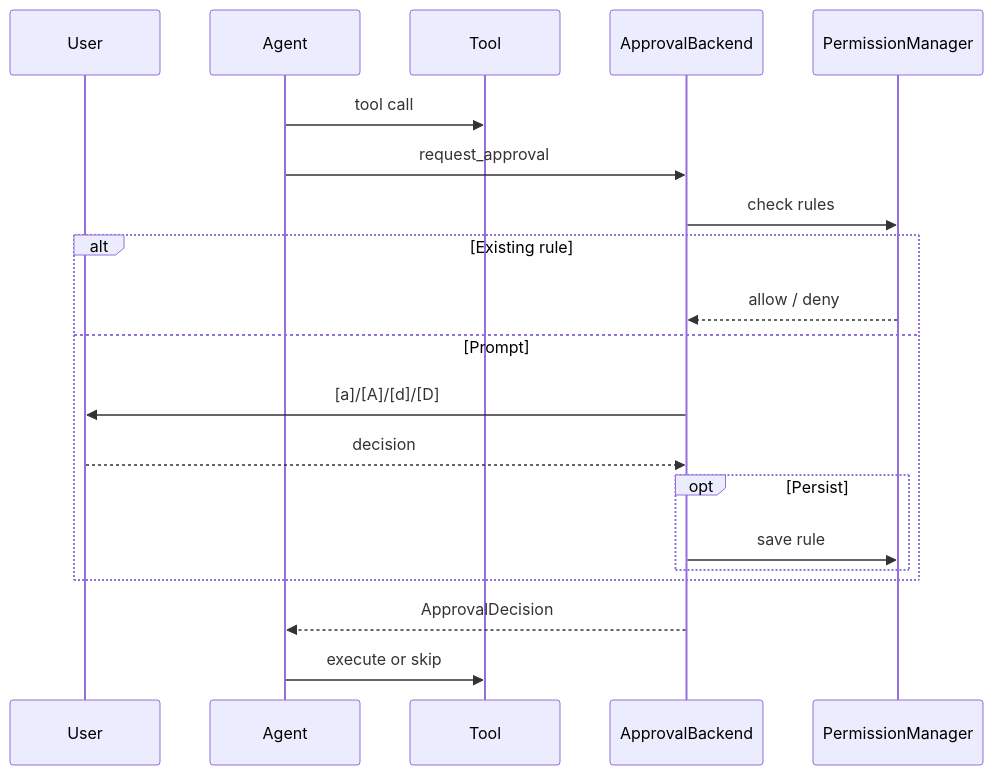
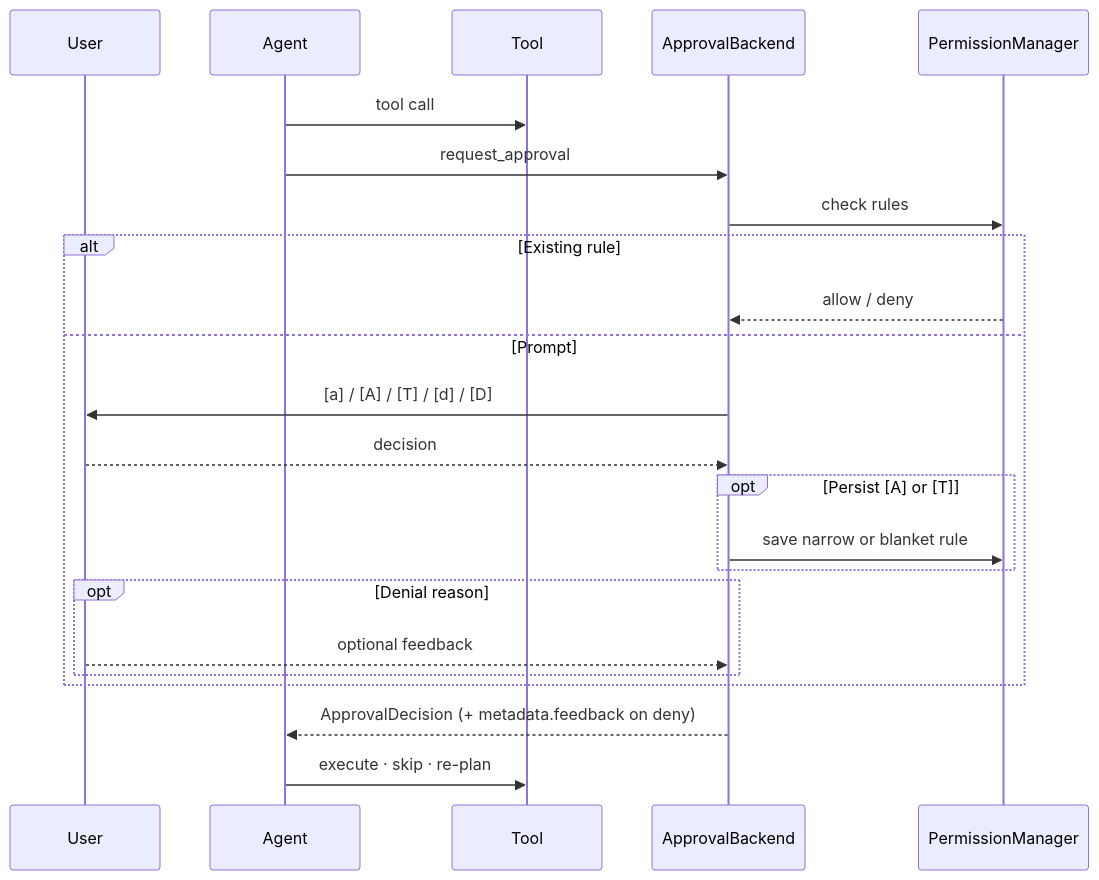
Before and after one commit to MervinPraison/PraisonAIDocs: the second of 5 diagrams in docs/features/interactive-approval.mdx, drawn with Mermaid. The commit also changed other lines of this file and 2 other files, not shown here.

First line of the commit message:
docs: update interactive-approval for new CLI approval prompt UX (fixes #1712)

````diff
--- a/docs/features/interactive-approval.mdx
+++ b/docs/features/interactive-approval.mdx
@@ -98,23 +103,26 @@
 ```mermaid
 sequenceDiagram
     participant U as User
     participant A as Agent
     participant T as Tool
     participant B as ApprovalBackend
     participant PM as PermissionManager
 
     A->>T: tool call
     A->>B: request_approval
     B->>PM: check rules
     alt Existing rule
         PM-->>B: allow / deny
     else Prompt
-        B->>U: [a]/[A]/[d]/[D]
+        B->>U: [a] / [A] / [T] / [d] / [D]
         U-->>B: decision
-        opt Persist
-            B->>PM: save rule
+        opt Persist [A] or [T]
+            B->>PM: save narrow or blanket rule
+        end
+        opt Denial reason
+            U-->>B: optional feedback
         end
     end
-    B-->>A: ApprovalDecision
-    A->>T: execute or skip
+    B-->>A: ApprovalDecision (+ metadata.feedback on deny)
+    A->>T: execute · skip · re-plan
 ```
````
